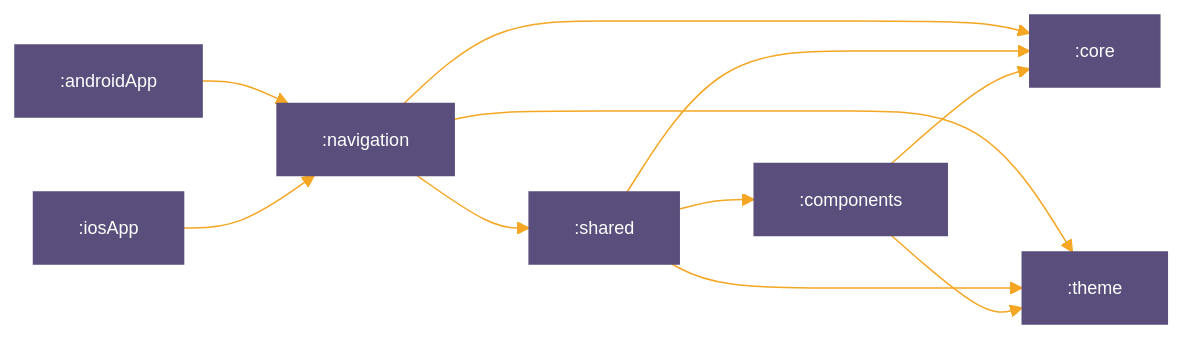
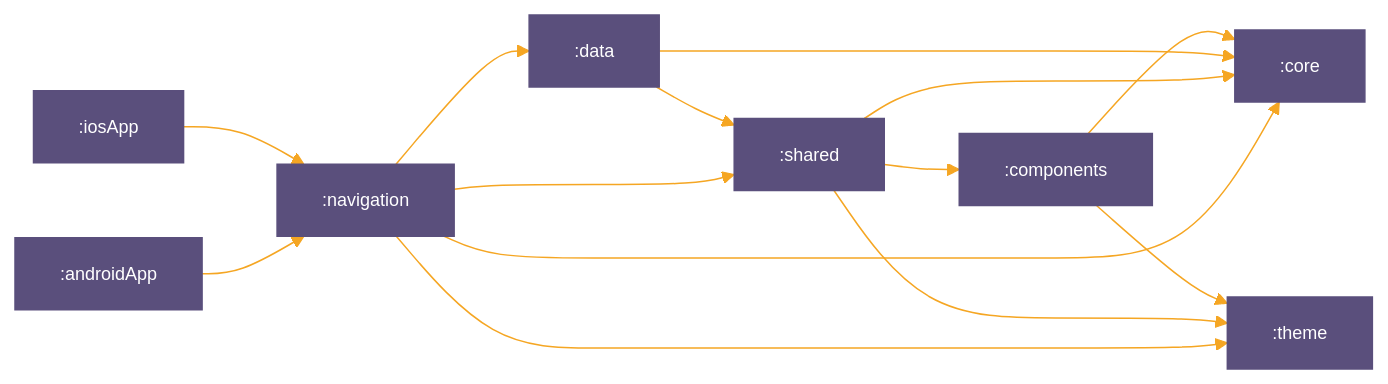
Before and after one commit to daviekimgithub/expense-tracker-android: the diagram in README.md, drawn with Mermaid.

````diff
--- a/README.md
+++ b/README.md
@@ -63,20 +63,23 @@
 ```mermaid
 %%{
   init: {
     'theme': 'base',
     'themeVariables': {"primaryTextColor":"#fff","primaryColor":"#5a4f7c","primaryBorderColor":"#5a4f7c","lineColor":"#f5a623","tertiaryColor":"#40375c","fontSize":"12px"}
   }
 }%%
 
 graph LR
   :navigation --> :core
   :navigation --> :shared
+  :navigation --> :data
   :navigation --> :theme
   :shared --> :theme
   :shared --> :core
   :shared --> :components
   :androidApp --> :navigation
   :iosApp --> :navigation
+  :data --> :shared
+  :data --> :core
   :components --> :theme
   :components --> :core
 ```
````
